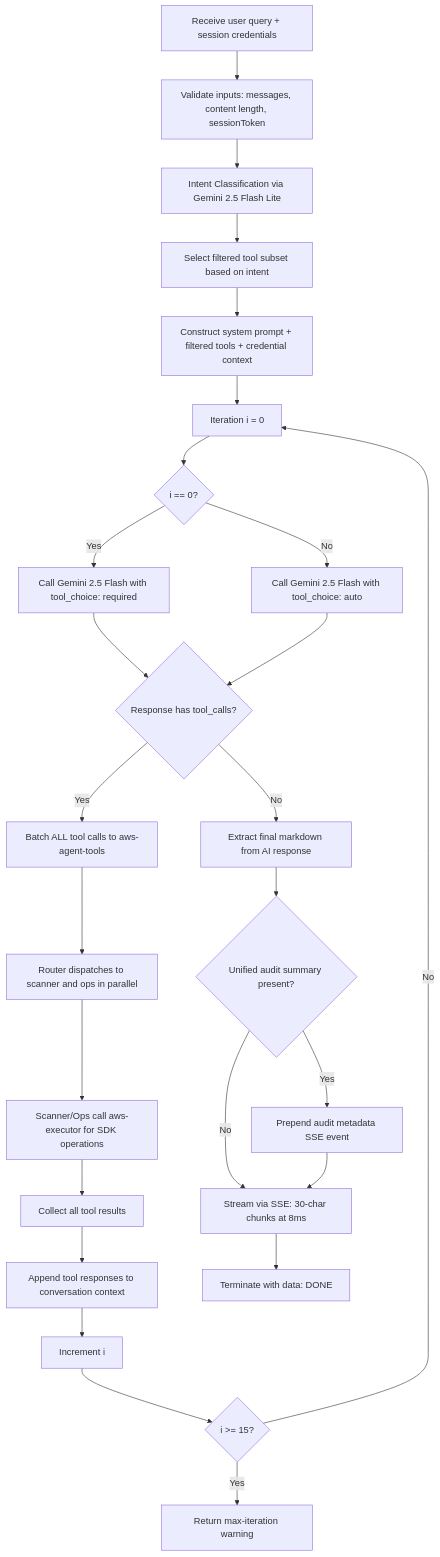
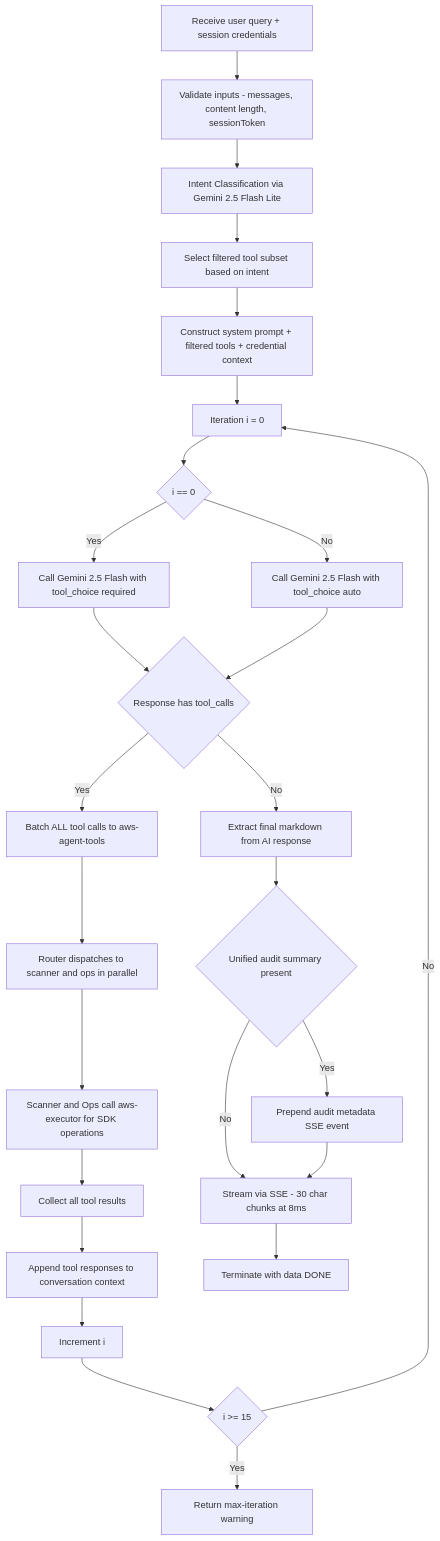
The seventh of 23 diagrams in TECHNICAL_DOCUMENTATION.md (ritvikindupuri/aws-ai-agent), drawn with Mermaid before and after one commit. The commit also changed other lines of this file, not shown here.

Commit message:
Updated README and docs diagrams

````diff
--- a/TECHNICAL_DOCUMENTATION.md
+++ b/TECHNICAL_DOCUMENTATION.md
@@ -618,28 +626,28 @@
 ```mermaid
 flowchart TD
-    A[Receive user query + session credentials] --> B[Validate inputs: messages, content length, sessionToken]
+    A[Receive user query + session credentials] --> B[Validate inputs - messages, content length, sessionToken]
     B --> B2[Intent Classification via Gemini 2.5 Flash Lite]
     B2 --> B3[Select filtered tool subset based on intent]
     B3 --> C[Construct system prompt + filtered tools + credential context]
     C --> D[Iteration i = 0]
-    D --> E{i == 0?}
-    E -- Yes --> F[Call Gemini 2.5 Flash with tool_choice: required]
-    E -- No --> G[Call Gemini 2.5 Flash with tool_choice: auto]
-    F --> H{Response has tool_calls?}
+    D --> E{i == 0}
+    E -- Yes --> F[Call Gemini 2.5 Flash with tool_choice required]
+    E -- No --> G[Call Gemini 2.5 Flash with tool_choice auto]
+    F --> H{Response has tool_calls}
     G --> H
     H -- Yes --> I[Batch ALL tool calls to aws-agent-tools]
     I --> J[Router dispatches to scanner and ops in parallel]
-    J --> K[Scanner/Ops call aws-executor for SDK operations]
+    J --> K[Scanner and Ops call aws-executor for SDK operations]
     K --> L[Collect all tool results]
-    L --> M[Append tool responses to conversation context]
-    M --> N[Increment i]
-    N --> O{i >= 15?}
+    L --> M2[Append tool responses to conversation context]
+    M2 --> N[Increment i]
+    N --> O{i >= 15}
     O -- Yes --> P[Return max-iteration warning]
     O -- No --> D
     H -- No --> Q[Extract final markdown from AI response]
-    Q --> R{Unified audit summary present?}
+    Q --> R{Unified audit summary present}
     R -- Yes --> S[Prepend audit metadata SSE event]
-    R -- No --> T[Stream via SSE: 30-char chunks at 8ms]
+    R -- No --> T[Stream via SSE - 30 char chunks at 8ms]
     S --> T
-    T --> U[Terminate with data: DONE]
+    T --> U[Terminate with data DONE]
 ```
````
